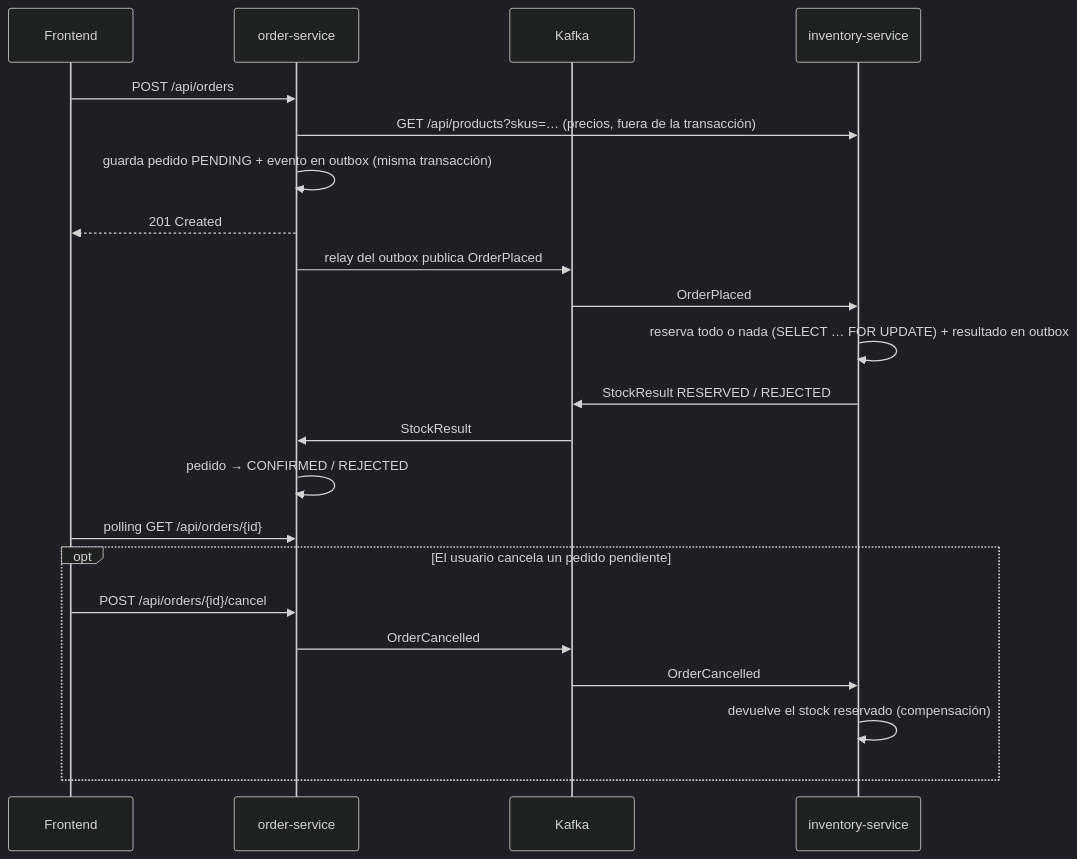
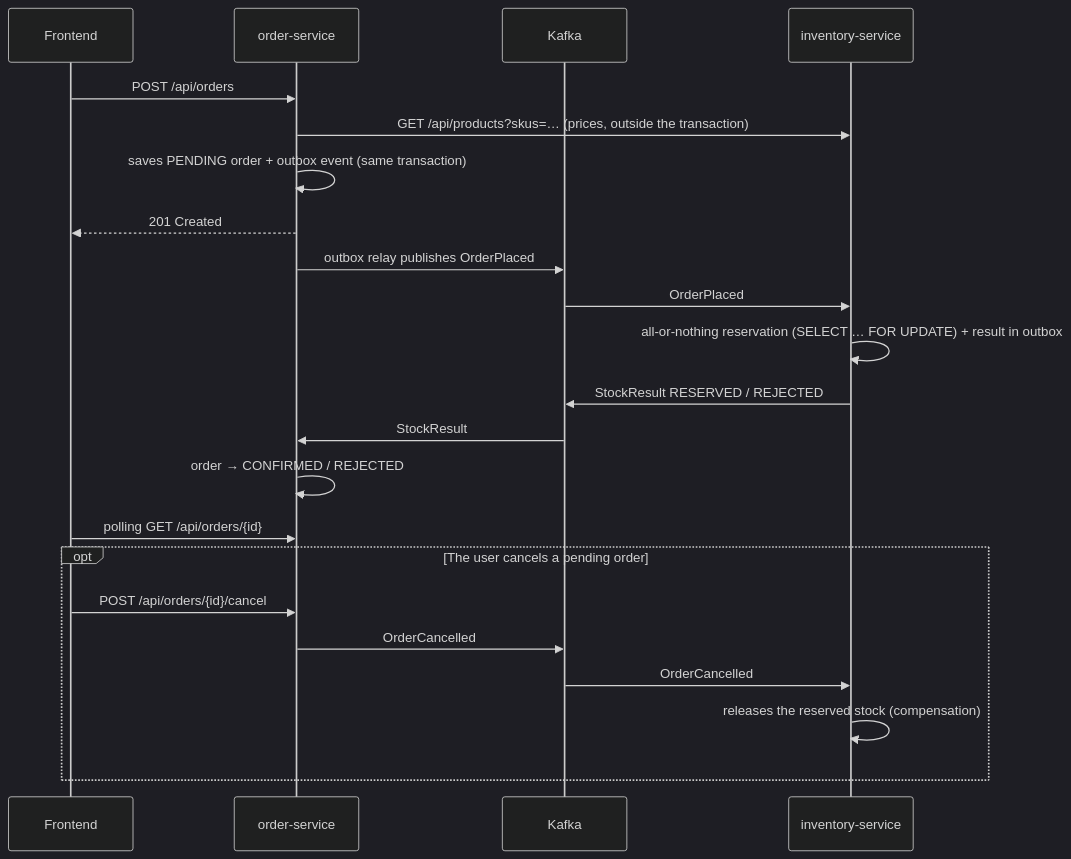
One commit to byVik/orderflow changed the second of 2 diagrams in README.md. Above: the diagram before and after it, drawn with Mermaid (dark theme). The commit also changed other lines of this file and 1 other file, not shown here.

````diff
--- a/README.md
+++ b/README.md
@@ -44,24 +47,24 @@
 ```mermaid
 sequenceDiagram
     participant FE as Frontend
     participant OS as order-service
     participant K as Kafka
     participant IS as inventory-service
     FE->>OS: POST /api/orders
-    OS->>IS: GET /api/products?skus=… (precios, fuera de la transacción)
-    OS->>OS: guarda pedido PENDING + evento en outbox (misma transacción)
+    OS->>IS: GET /api/products?skus=… (prices, outside the transaction)
+    OS->>OS: saves PENDING order + outbox event (same transaction)
     OS-->>FE: 201 Created
-    OS->>K: relay del outbox publica OrderPlaced
+    OS->>K: outbox relay publishes OrderPlaced
     K->>IS: OrderPlaced
-    IS->>IS: reserva todo o nada (SELECT … FOR UPDATE) + resultado en outbox
+    IS->>IS: all-or-nothing reservation (SELECT … FOR UPDATE) + result in outbox
     IS->>K: StockResult RESERVED / REJECTED
     K->>OS: StockResult
-    OS->>OS: pedido → CONFIRMED / REJECTED
+    OS->>OS: order → CONFIRMED / REJECTED
     FE->>OS: polling GET /api/orders/{id}
-    opt El usuario cancela un pedido pendiente
+    opt The user cancels a pending order
         FE->>OS: POST /api/orders/{id}/cancel
         OS->>K: OrderCancelled
         K->>IS: OrderCancelled
-        IS->>IS: devuelve el stock reservado (compensación)
+        IS->>IS: releases the reserved stock (compensation)
     end
 ```
````
